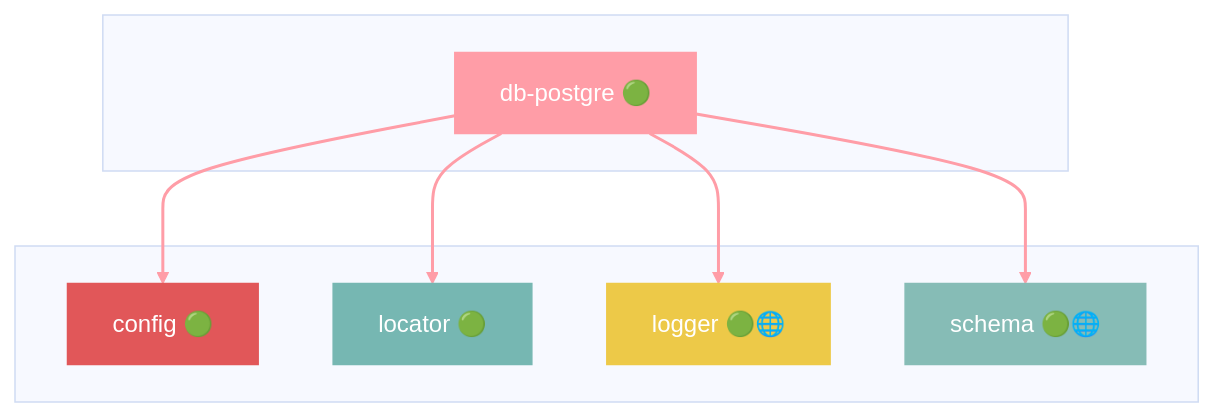
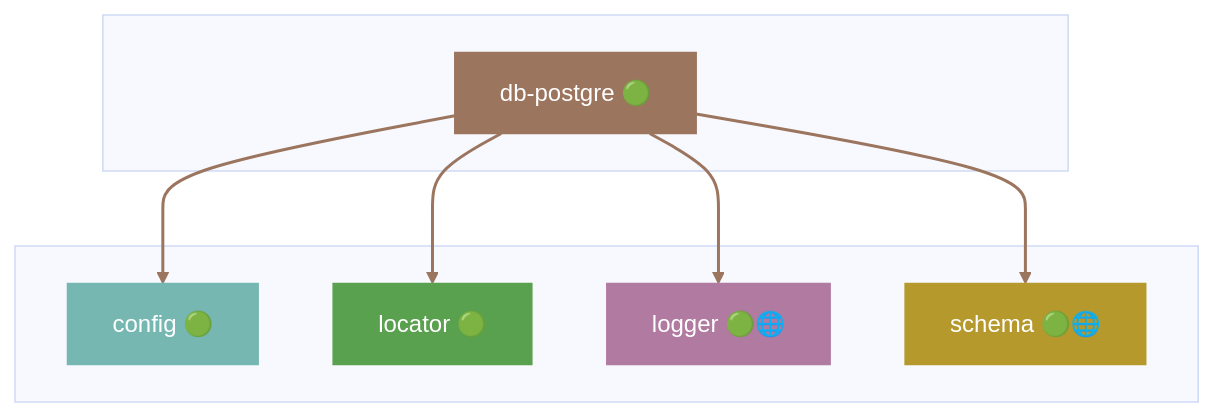
The tenth of 42 diagrams in docs/DEPENDENCIES.md (grest-ts/grest-ts), drawn with Mermaid (base theme) before and after one commit. The commit also changed other lines of this file and 11 other files, not shown here.

````diff
--- a/docs/DEPENDENCIES.md
+++ b/docs/DEPENDENCIES.md
@@ -609,25 +663,25 @@
 ```mermaid
 flowchart TB
     subgraph Package[" "]
         db-postgre["db-postgre 🟢"]
     end
     subgraph Dependencies[" "]
         config["config 🟢"]
         locator["locator 🟢"]
         logger["logger 🟢🌐"]
         schema["schema 🟢🌐"]
     end
     db-postgre --> config
     db-postgre --> locator
     db-postgre --> logger
     db-postgre --> schema
-    style db-postgre fill:#FF9DA7,stroke:#FF9DA7,color:#fff
-    style config fill:#E15759,stroke:#E15759,color:#fff
-    style locator fill:#76B7B2,stroke:#76B7B2,color:#fff
-    style logger fill:#EDC948,stroke:#EDC948,color:#fff
-    style schema fill:#86BCB6,stroke:#86BCB6,color:#fff
-    linkStyle 0 stroke:#FF9DA7,stroke-width:2px
-    linkStyle 1 stroke:#FF9DA7,stroke-width:2px
-    linkStyle 2 stroke:#FF9DA7,stroke-width:2px
-    linkStyle 3 stroke:#FF9DA7,stroke-width:2px
+    style db-postgre fill:#9C755F,stroke:#9C755F,color:#fff
+    style config fill:#76B7B2,stroke:#76B7B2,color:#fff
+    style locator fill:#59A14F,stroke:#59A14F,color:#fff
+    style logger fill:#B07AA1,stroke:#B07AA1,color:#fff
+    style schema fill:#B6992D,stroke:#B6992D,color:#fff
+    linkStyle 0 stroke:#9C755F,stroke-width:2px
+    linkStyle 1 stroke:#9C755F,stroke-width:2px
+    linkStyle 2 stroke:#9C755F,stroke-width:2px
+    linkStyle 3 stroke:#9C755F,stroke-width:2px
 ```
````
